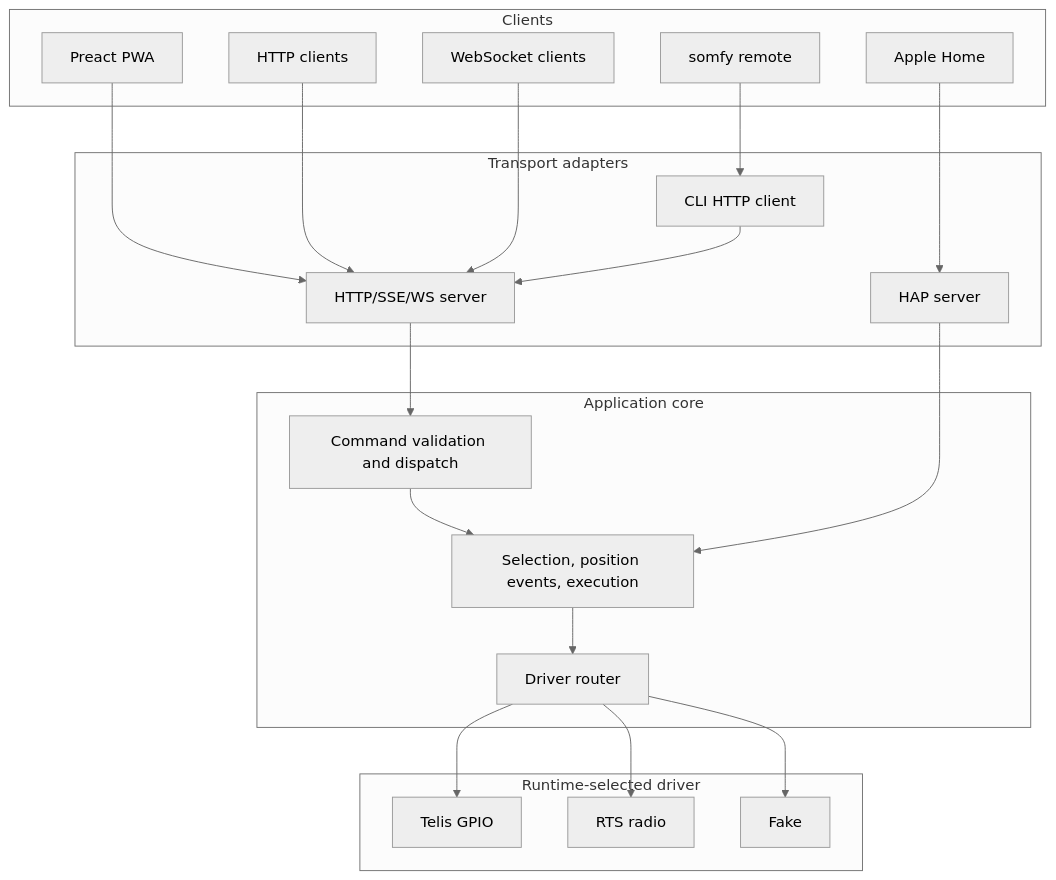
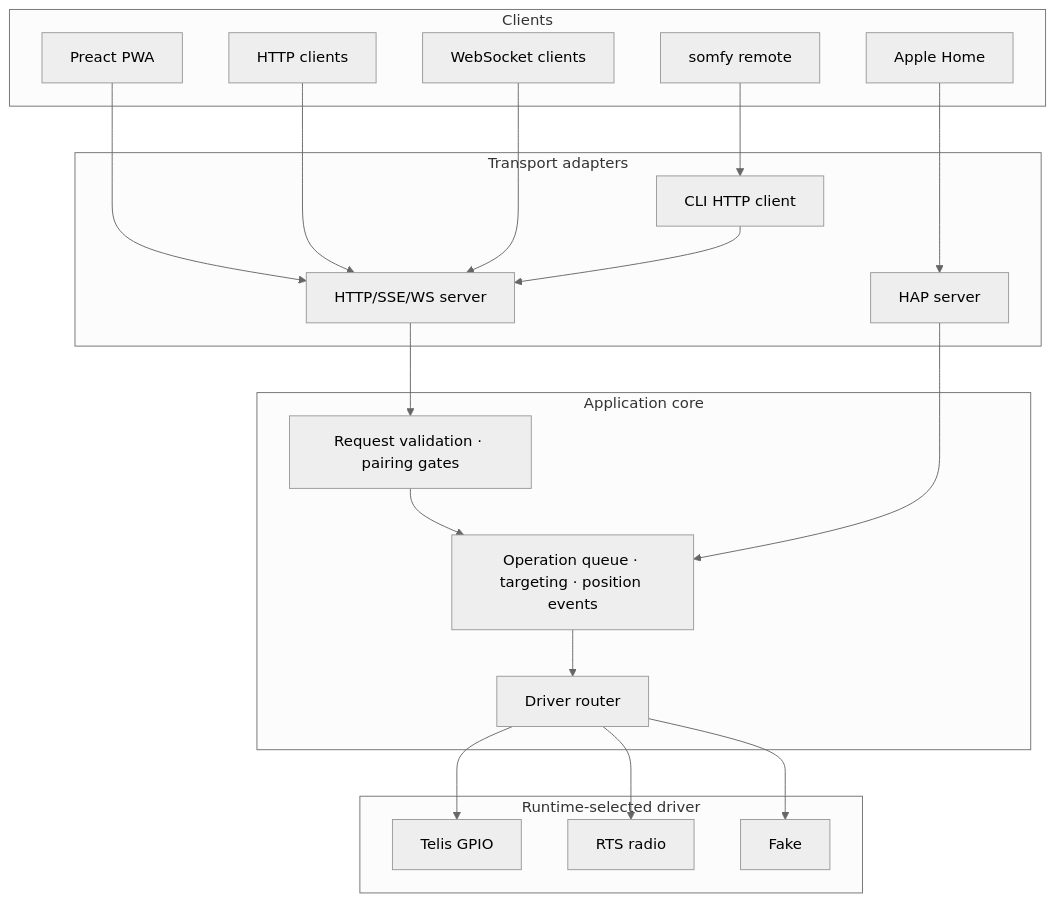
One commit to melkir/remote-gpio changed the second of 4 diagrams in docs/ARCHITECTURE.md. Above: the diagram before and after it, drawn with Mermaid (neutral theme). The commit also changed other lines of this file and 1 other file, not shown here.

Commit message:
Update README and architecture documentation for clarity on command handling and operation serialization

````diff
--- a/docs/ARCHITECTURE.md
+++ b/docs/ARCHITECTURE.md
@@ -41,42 +41,42 @@
 ```mermaid
 flowchart TB
   subgraph clients["Clients"]
     pwa["Preact PWA"]
     rest["HTTP clients"]
     ws["WebSocket clients"]
     hk["Apple Home"]
     remote["somfy remote"]
   end
 
   subgraph transports["Transport adapters"]
     axum["HTTP/SSE/WS server"]
     hap["HAP server"]
     cli["CLI HTTP client"]
   end
 
   subgraph application["Application core"]
-    service["Command validation and dispatch"]
-    controller["Selection, position events, execution"]
+    service["Request validation · pairing gates"]
+    controller["Operation queue · targeting · position events"]
     router["Driver router"]
   end
 
   subgraph drivers["Runtime-selected driver"]
     telis["Telis GPIO"]
     rts["RTS radio"]
     fake["Fake"]
   end
 
   pwa --> axum
   rest --> axum
   ws --> axum
   remote --> cli --> axum
   hk --> hap
 
   axum --> service
   service --> controller
   hap --> controller
   controller --> router
   router --> telis
   router --> rts
   router --> fake
 ```
````
